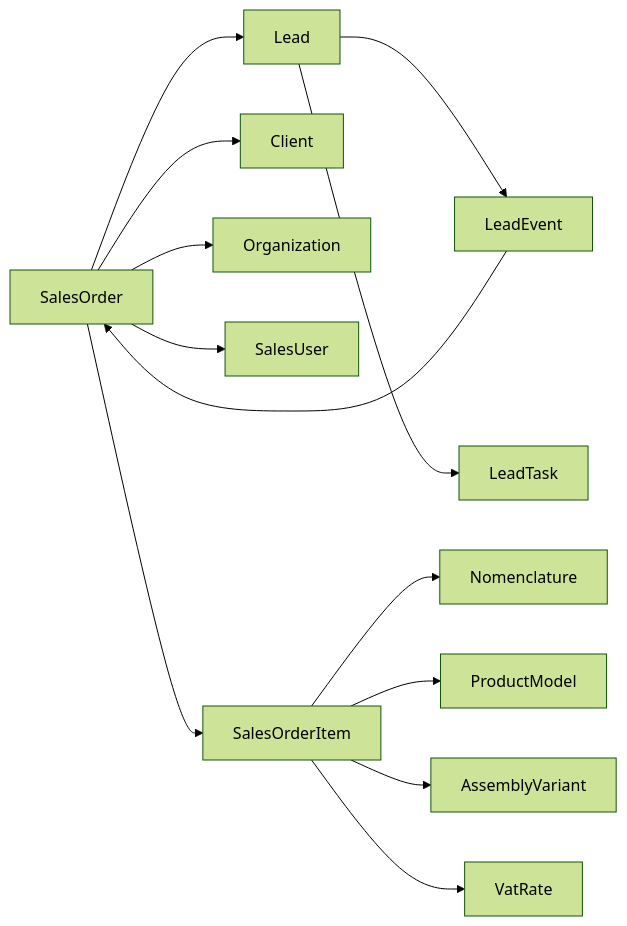
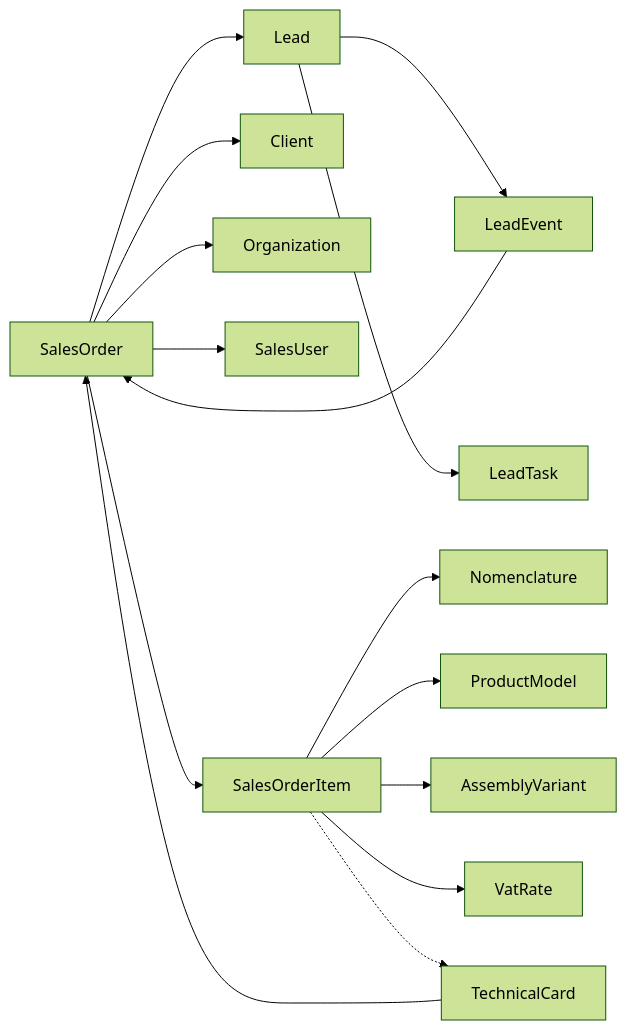
The diagram in docs/architecture/order-card-field-links.md (timurin/sport-leads), drawn with Mermaid (forest theme) before and after one commit. The commit also changed other lines of this file and 113 other files, not shown here.

````diff
--- a/docs/architecture/order-card-field-links.md
+++ b/docs/architecture/order-card-field-links.md
@@ -14,15 +14,17 @@
 ```mermaid
 flowchart LR
   SalesOrder --> Lead
   SalesOrder --> Client
   SalesOrder --> Organization
   SalesOrder --> SalesUser
   SalesOrder --> SalesOrderItem
   SalesOrderItem --> Nomenclature
   SalesOrderItem --> ProductModel
   SalesOrderItem --> AssemblyVariant
   SalesOrderItem --> VatRate
+  SalesOrderItem -.-> TechnicalCard
+  TechnicalCard --> SalesOrder
   Lead --> LeadEvent
   Lead --> LeadTask
   LeadEvent --> SalesOrder
 ```
````
